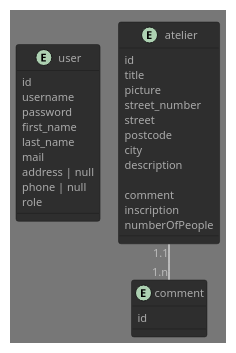
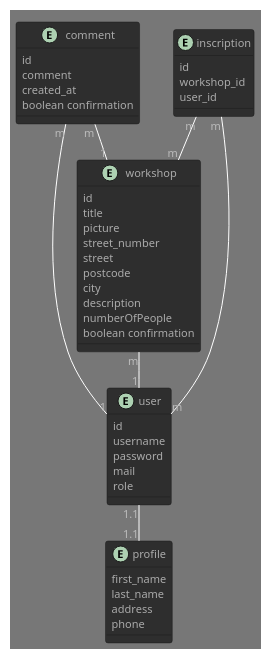
One commit to arnaudpilato/original_diy changed the diagram in database.puml. Above: the diagram before and after it, drawn with PlantUML.

Commit message:
change data uml

```diff
--- a/database.puml
+++ b/database.puml
@@ -1,38 +1,53 @@
 @startuml
 !pragma layout smetana
 !theme reddress-darkorange
 
 entity user {
     id
     username
     password
-    first_name
-    last_name
     mail
-    address | null
-    phone | null
     role
 }
 
-entity atelier {
+entity profile {
+    first_name
+    last_name
+    address
+    phone
+}
+
+entity workshop {
     id
     title
     picture
     street_number
     street
     postcode
     city
     description
-
-    comment
-    inscription
     numberOfPeople
+    boolean confirmation
 }
 
 entity comment {
     id
+    comment
+    created_at
+    boolean confirmation
 }
 
-atelier "1.1" -- "1.n" comment
+entity inscription {
+    id
+    workshop_id
+    user_id
+}
+
+user "1.1" -- "1.1" profile
+comment "m" -- "1" workshop
+comment "m" -- "1" user
+inscription "m" -- "m" user
+inscription "m" -- "m" workshop
+workshop "m" -- "1" user
 
 @enduml
```
